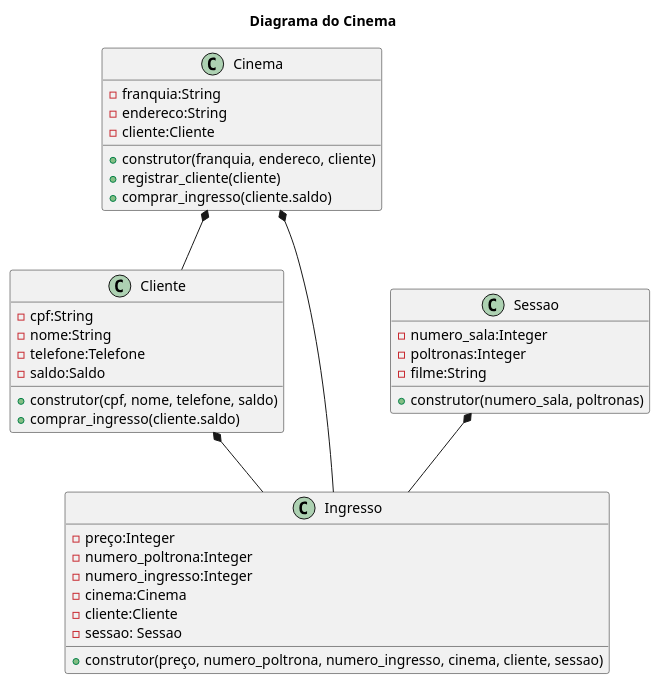
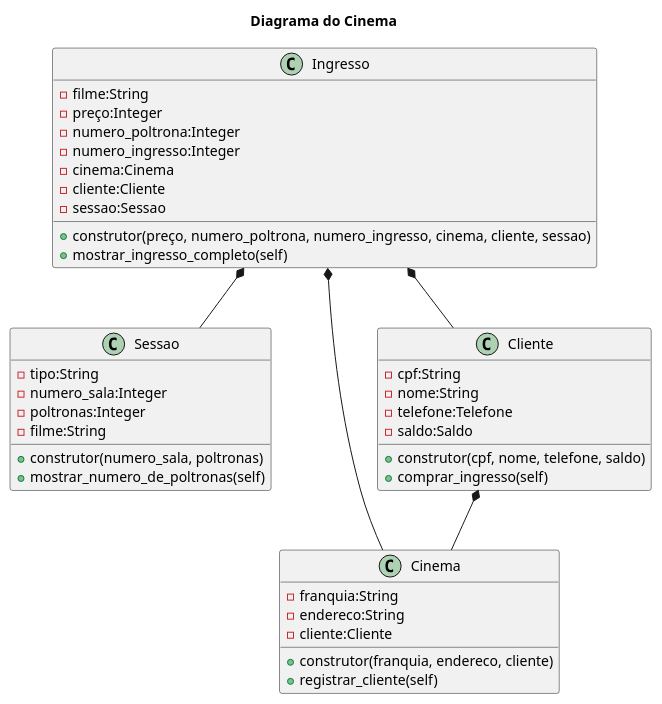
One commit to rafael-saraiva-mielczarski/POO-Python changed the diagram in Cinema/diagrama_cinema.plantuml. Above: the diagram before and after it, drawn with PlantUML. The commit also changed 9 other files, not shown here.

```diff
--- a/Cinema/diagrama_cinema.plantuml
+++ b/Cinema/diagrama_cinema.plantuml
@@ -1,45 +1,50 @@
 @startuml cinema
 
 title Diagrama do Cinema
+
+
+class Sessao{
+    - tipo:String
+    - numero_sala:Integer
+    - poltronas:Integer
+    - filme:String
+    + construtor(numero_sala, poltronas)
+    + mostrar_numero_de_poltronas(self)
+}
 
 class Cinema{
     - franquia:String 
     - endereco:String
     - cliente:Cliente
     + construtor(franquia, endereco, cliente)
-    + registrar_cliente(cliente)
-    + comprar_ingresso(cliente.saldo)
+    + registrar_cliente(self)
 }
 
 class Cliente{
     - cpf:String
     - nome:String 
     - telefone:Telefone
     - saldo:Saldo
     + construtor(cpf, nome, telefone, saldo)
-    + comprar_ingresso(cliente.saldo)
+    + comprar_ingresso(self)
 }
 
-class Sessao{
-    - numero_sala:Integer
-    - poltronas:Integer
-    - filme:String
-    + construtor(numero_sala, poltronas)
-}
 
 class Ingresso{
+    - filme:String
     - preço:Integer
     - numero_poltrona:Integer
     - numero_ingresso:Integer
     - cinema:Cinema
     - cliente:Cliente
-    - sessao: Sessao
+    - sessao:Sessao
     + construtor(preço, numero_poltrona, numero_ingresso, cinema, cliente, sessao)
+    + mostrar_ingresso_completo(self)
 }
 
-Cinema *-- Cliente
-Cliente *-- Ingresso
-Sessao *-- Ingresso
-Cinema *-- Ingresso
+Cliente *-- Cinema
+Ingresso *-- Cliente
+Ingresso *-- Sessao
+Ingresso *-- Cinema
 
 @enduml
```
